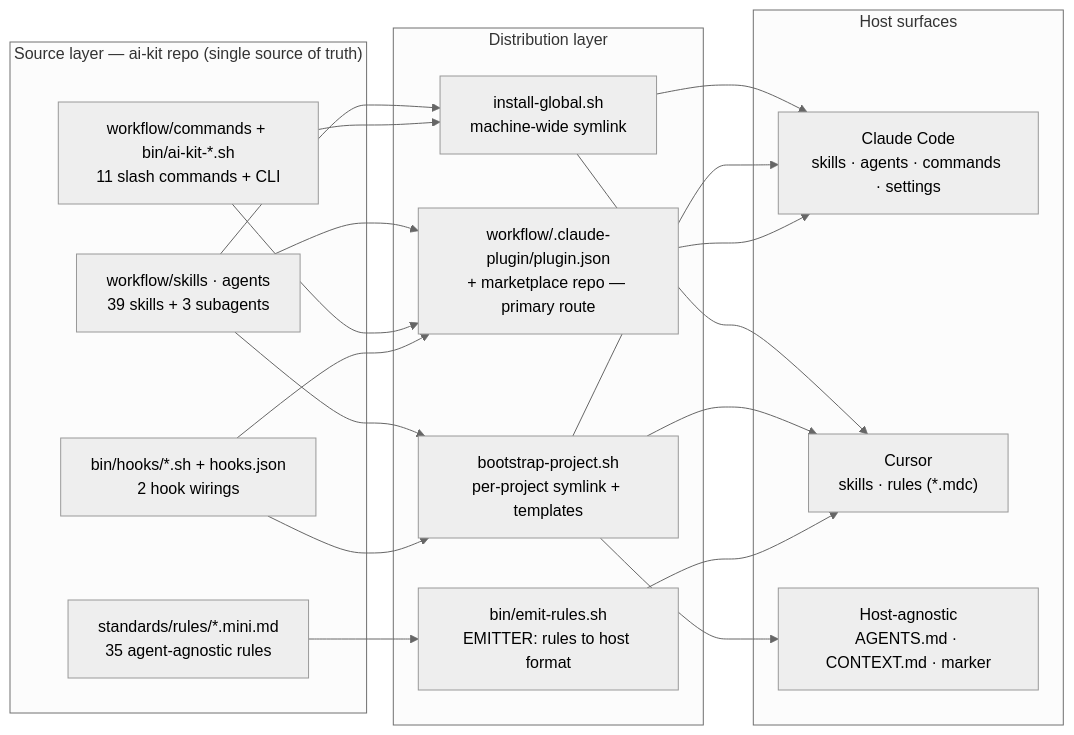
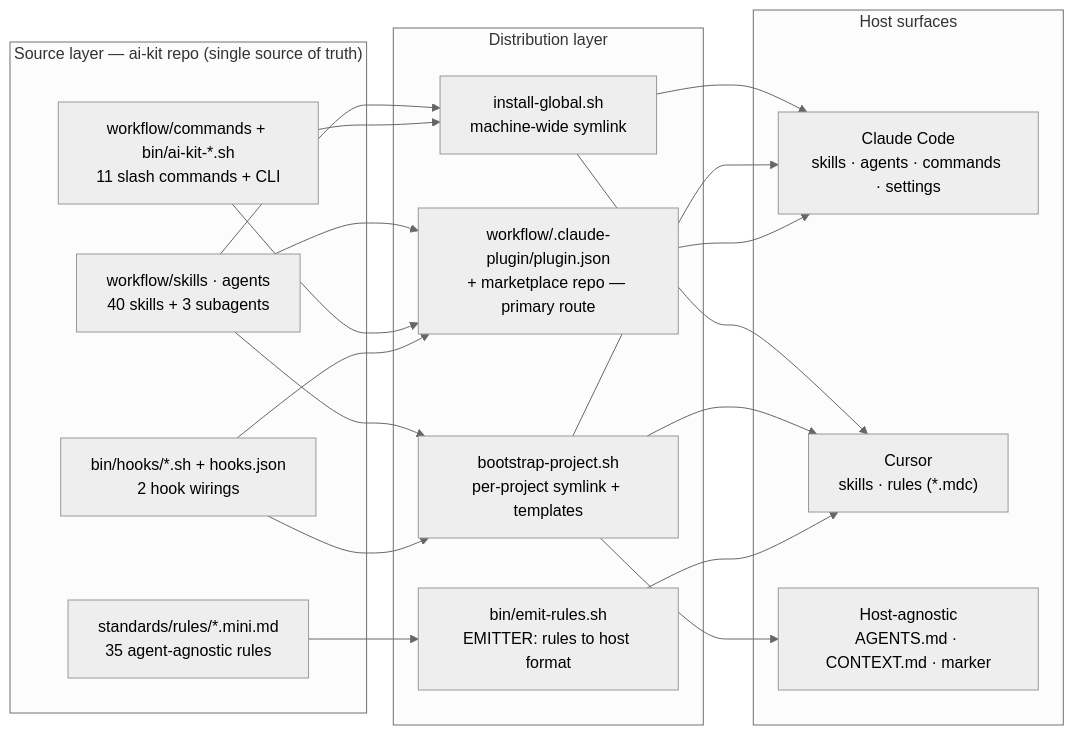
One commit to yusufkaracaburun/ai-kit changed the first of 2 diagrams in docs/diagrams.md. Above: the diagram before and after it, drawn with Mermaid (neutral theme). The commit also changed 10 other files, not shown here.

````diff
--- a/docs/diagrams.md
+++ b/docs/diagrams.md
@@ -10,32 +10,32 @@
 ```mermaid
 flowchart LR
   subgraph SRC["Source layer — ai-kit repo (single source of truth)"]
-    SA["workflow/skills · agents<br/>39 skills + 3 subagents"]
+    SA["workflow/skills · agents<br/>40 skills + 3 subagents"]
     CB["workflow/commands + bin/ai-kit-*.sh<br/>11 slash commands + CLI"]
     H["bin/hooks/*.sh + hooks.json<br/>2 hook wirings"]
     R["standards/rules/*.mini.md<br/>35 agent-agnostic rules"]
   end
 
   subgraph DIST["Distribution layer"]
     IG["install-global.sh<br/>machine-wide symlink"]
     PL["workflow/.claude-plugin/plugin.json<br/>+ marketplace repo — primary route"]
     BP["bootstrap-project.sh<br/>per-project symlink + templates"]
     ER["bin/emit-rules.sh<br/>EMITTER: rules to host format"]
   end
 
   subgraph HOSTS["Host surfaces"]
     CC["Claude Code<br/>skills · agents · commands · settings"]
     CU["Cursor<br/>skills · rules (*.mdc)"]
     HA["Host-agnostic<br/>AGENTS.md · CONTEXT.md · marker"]
   end
 
   SA --> IG & BP & PL
   CB --> IG & PL
   H --> PL & BP
   R --> ER
 
   IG --> CC & CU
   BP --> CC & CU & HA
   PL --> CC
   ER --> CU
 ```
````
